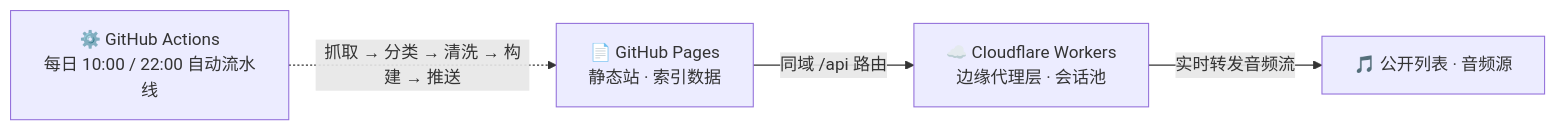
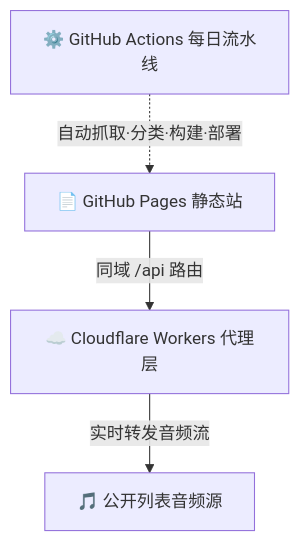
Before and after one commit to 9GDJ/9gdj-dj-index: the diagram in README.md, drawn with Mermaid. The commit also changed other lines of this file and 5 other files, not shown here.

````diff
--- a/README.md
+++ b/README.md
@@ -64,6 +64,6 @@
 ```mermaid
-flowchart LR
-  A[📄 GitHub Pages<br/>静态站 · 索引数据] -->|同域 /api 路由| B[☁️ Cloudflare Workers<br/>边缘代理层 · 会话池]
-  B -->|实时转发音频流| C[🎵 公开列表 · 音频源]
-  D[⚙️ GitHub Actions<br/>每日 10:00 / 22:00 自动流水线] -.->|抓取 → 分类 → 清洗 → 构建 → 推送| A
+flowchart TB
+  A[📄 GitHub Pages 静态站] -->|同域 /api 路由| B[☁️ Cloudflare Workers 代理层]
+  B -->|实时转发音频流| C[🎵 公开列表音频源]
+  D[⚙️ GitHub Actions 每日流水线] -.->|自动抓取·分类·构建·部署| A
 ```
````
